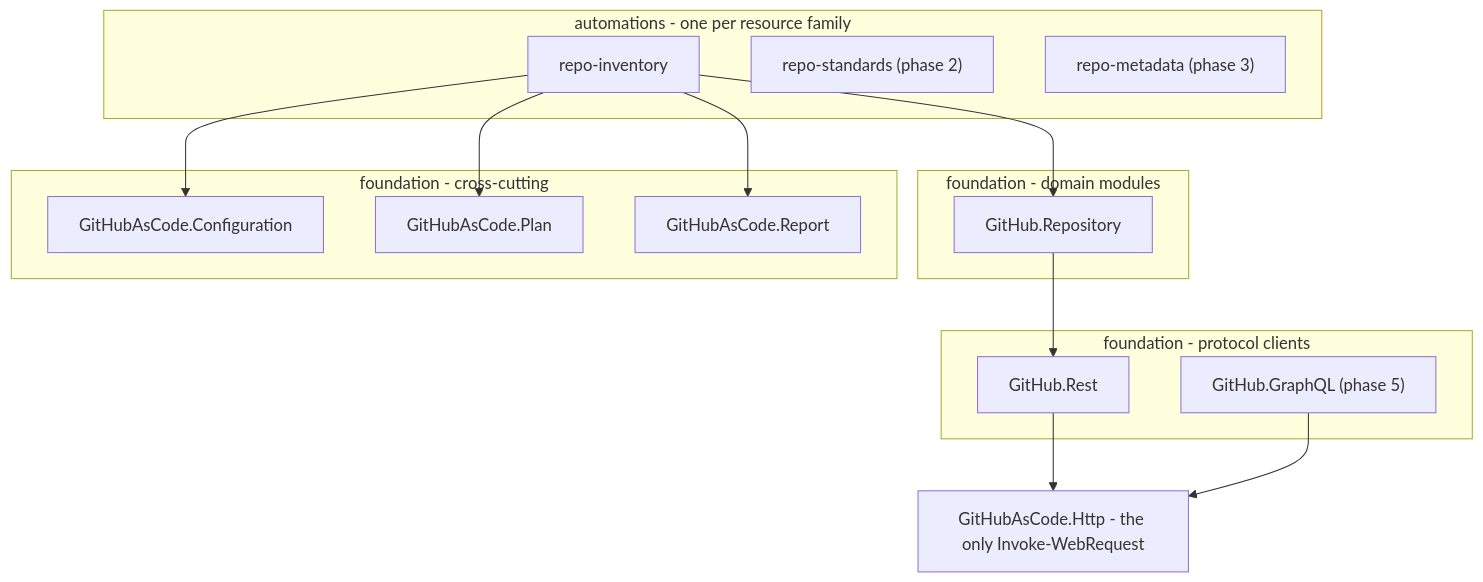
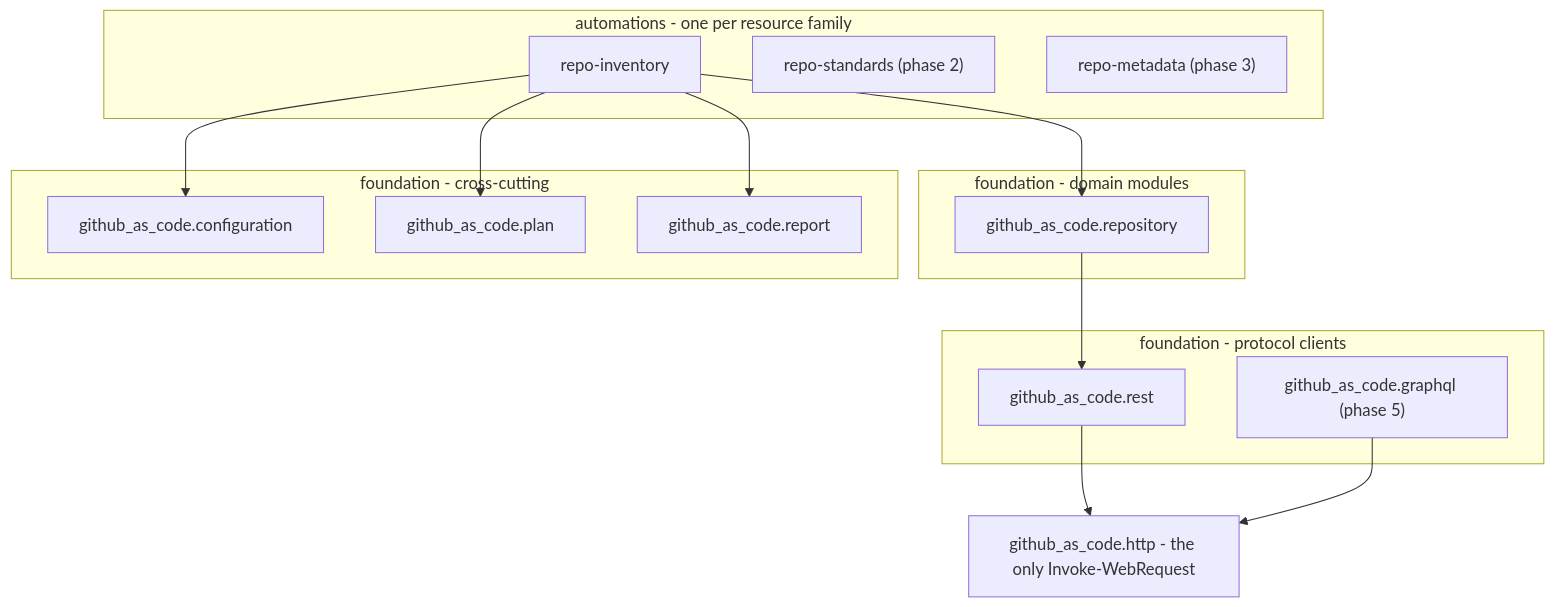
Before and after one commit to nehemias1999/GitHub_AsCode: the diagram in README.md, drawn with Mermaid. The commit also changed other lines of this file and 53 other files, not shown here.

````diff
--- a/README.md
+++ b/README.md
@@ -67,29 +67,29 @@
 ```mermaid
 flowchart TD
     subgraph entry [automations - one per resource family]
         RI[repo-inventory]
         RS["repo-standards (phase 2)"]
         RM["repo-metadata (phase 3)"]
     end
     subgraph domain [foundation - domain modules]
-        REPO[GitHub.Repository]
+        REPO[github_as_code.repository]
     end
     subgraph client [foundation - protocol clients]
-        REST[GitHub.Rest]
-        GQL["GitHub.GraphQL (phase 5)"]
+        REST[github_as_code.rest]
+        GQL["github_as_code.graphql (phase 5)"]
     end
     subgraph cross [foundation - cross-cutting]
-        CF[GitHubAsCode.Configuration]
-        PL[GitHubAsCode.Plan]
-        RP[GitHubAsCode.Report]
+        CF[github_as_code.configuration]
+        PL[github_as_code.plan]
+        RP[github_as_code.report]
     end
-    HTTP["GitHubAsCode.Http - the only Invoke-WebRequest"]
+    HTTP["github_as_code.http - the only Invoke-WebRequest"]
 
     RI --> REPO
     RI --> PL
     RI --> RP
     RI --> CF
     REPO --> REST
     REST --> HTTP
     GQL --> HTTP
 ```
````
